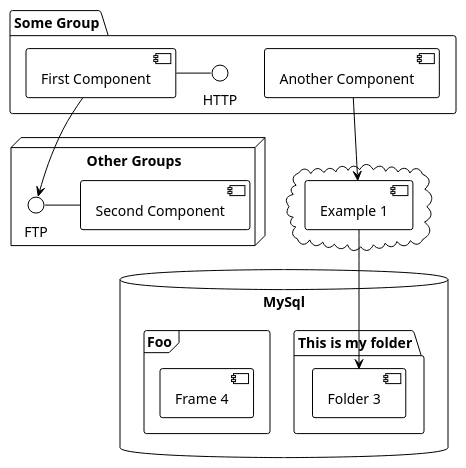
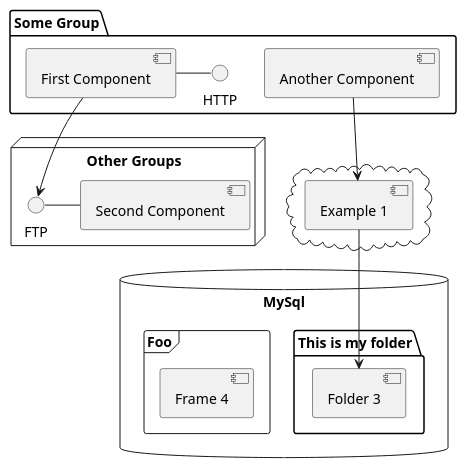
Before and after one commit to lifofernandez/article-boilerplate: the first of 2 diagrams in article/2.md, drawn with PlantUML. The commit also changed other lines of this file and 10 other files, not shown here.

````diff
--- a/article/2.md
+++ b/article/2.md
@@ -115,35 +115,34 @@
 ```{.plantuml}
 @startuml
-!theme plain
 
 package "Some Group" {
   HTTP - [First Component]
   [Another Component]
 }
 
 node "Other Groups" {
   FTP - [Second Component]
   [First Component] --> FTP
 }
 
 cloud {
   [Example 1]
 }
 
 
 database "MySql" {
   folder "This is my folder" {
     [Folder 3]
   }
   frame "Foo" {
     [Frame 4]
   }
 }
 
 
 [Another Component] --> [Example 1]
 [Example 1] --> [Folder 3]
 '[Folder 3] --> [Frame 4]
 
 @enduml
 ```
````
